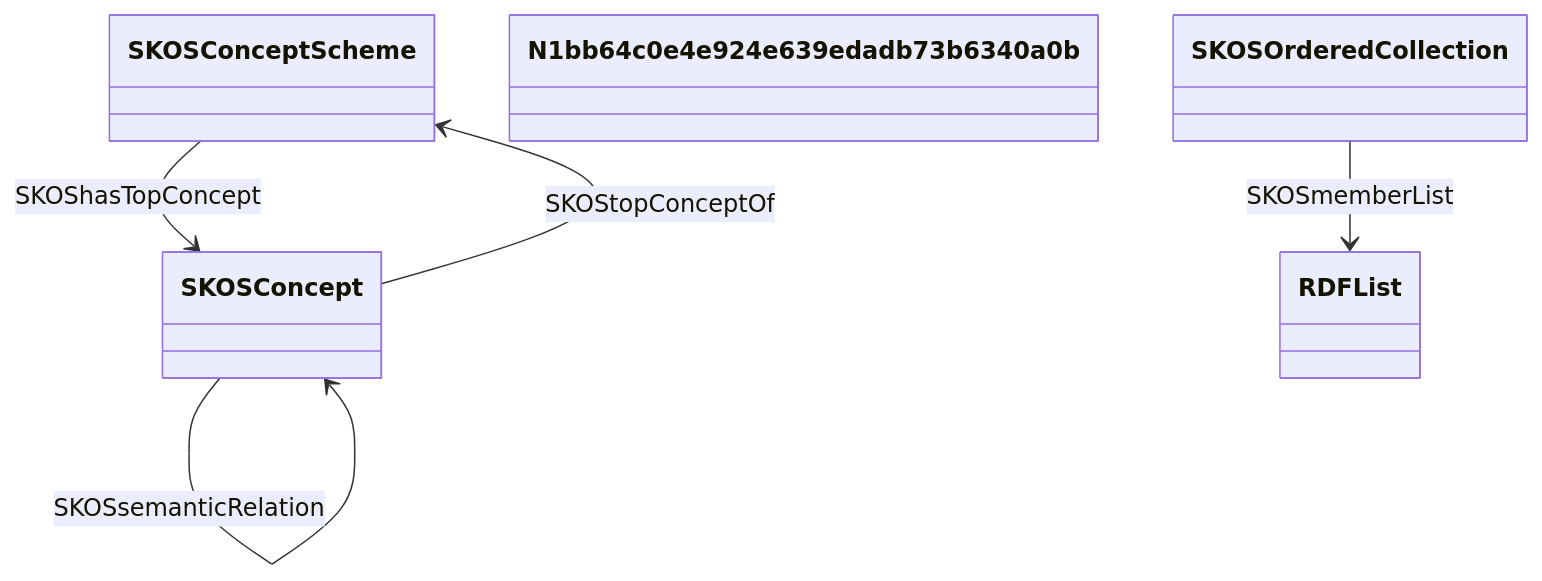
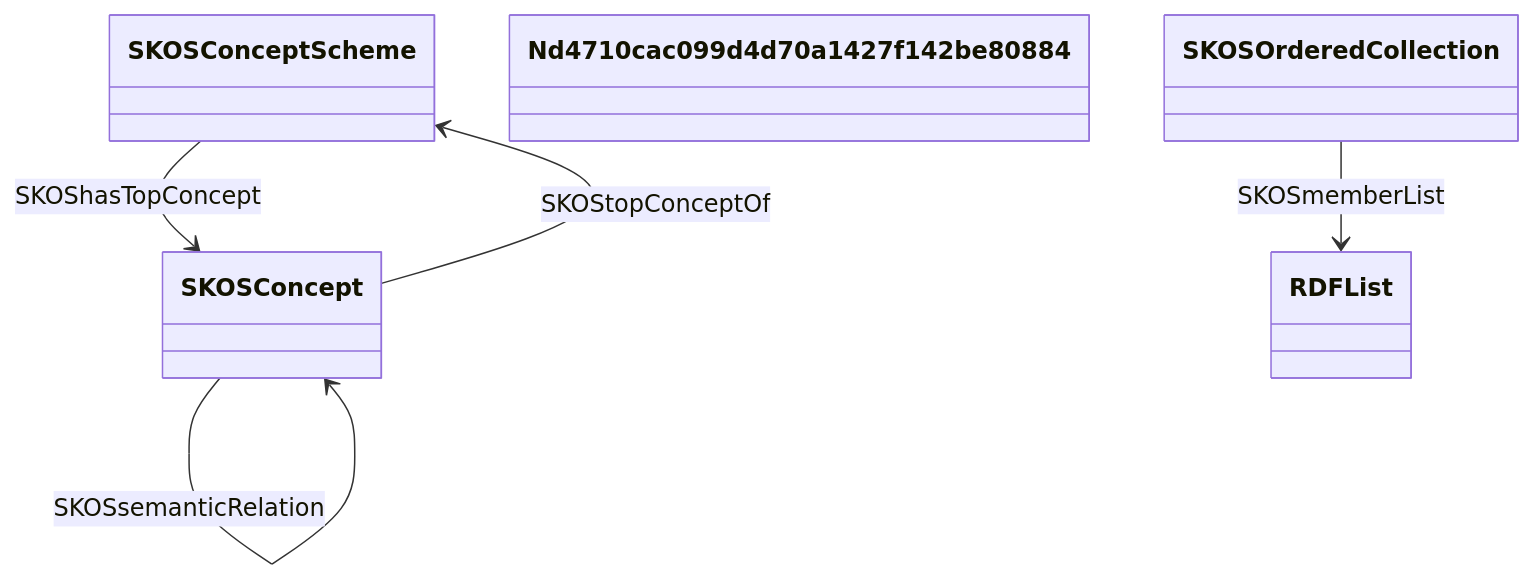
The diagram in output/Top_in_lov_freq/skos.rdf-freq-10.md (oeg-upm/Devos), drawn with Mermaid before and after one commit. The commit also changed 186 other files, not shown here.

````diff
--- a/output/Top_in_lov_freq/skos.rdf-freq-10.md
+++ b/output/Top_in_lov_freq/skos.rdf-freq-10.md
@@ -1,31 +1,31 @@
 ```mermaid
 	classDiagram
 
     
     class SKOSConceptScheme {
     
     }
 
     class SKOSConcept {
     
     }
 
-    class N1bb64c0e4e924e639edadb73b6340a0b {
+    class Nd4710cac099d4d70a1427f142be80884 {
     
     }
 
     class RDFList {
     
     }
 
 
 
+SKOSConcept  --> SKOSConcept   :SKOSsemanticRelation  
+
 SKOSOrderedCollection  --> RDFList   :SKOSmemberList  
+
+SKOSConcept  --> SKOSConceptScheme   :SKOStopConceptOf  
 
 SKOSConceptScheme  --> SKOSConcept   :SKOShasTopConcept  
 
-SKOSConcept  --> SKOSConcept   :SKOSsemanticRelation  
-
-SKOSConcept  --> SKOSConceptScheme   :SKOStopConceptOf  
-
 ```
````
